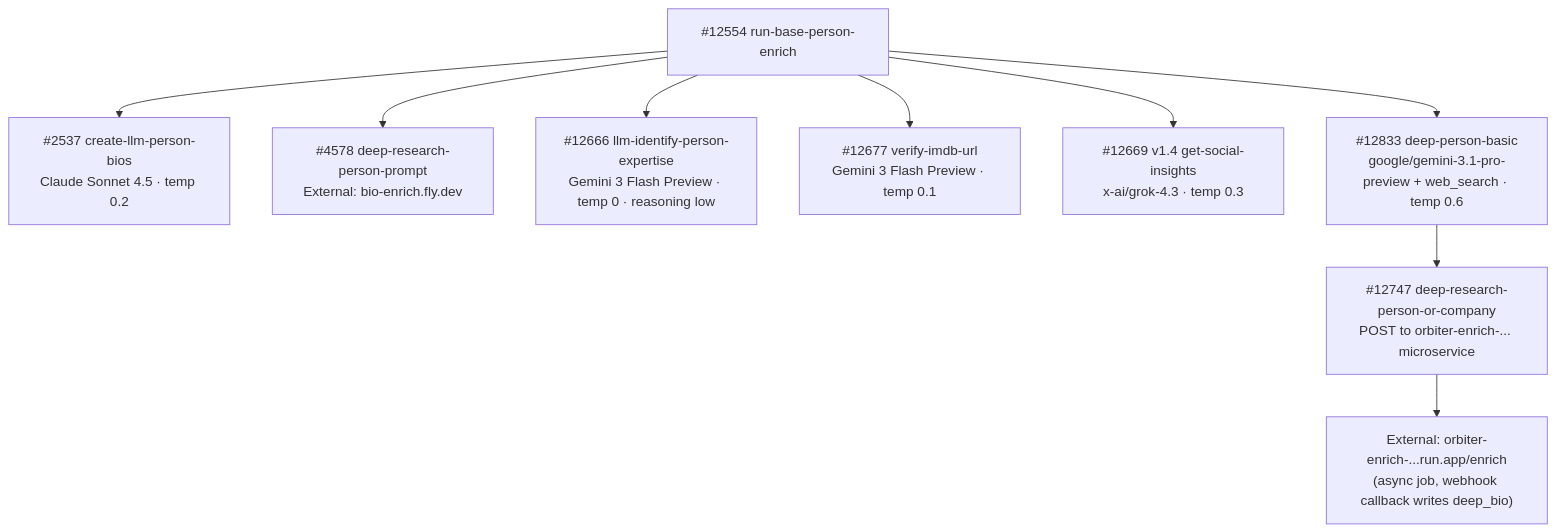
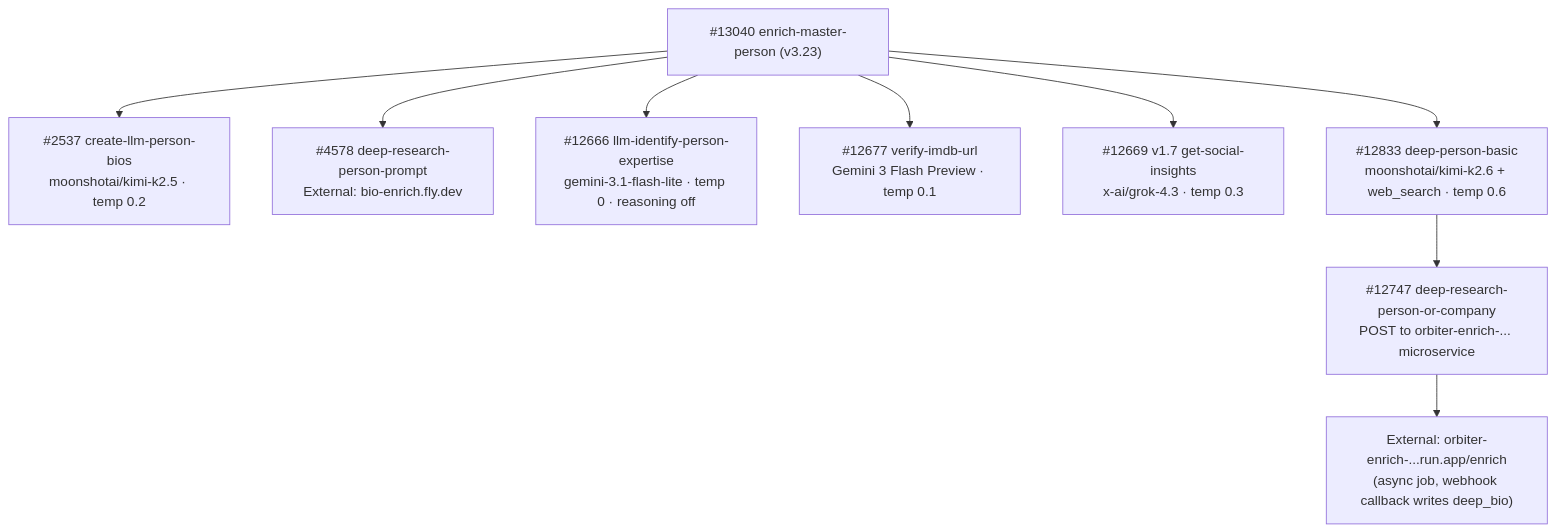
One commit to M-Pederson/docs changed the diagram in guides/enrichment/person-pipeline/model-summary.mdx. Above: the diagram before and after it, drawn with Mermaid. The commit also changed other lines of this file and 5 other files, not shown here.

````diff
--- a/guides/enrichment/person-pipeline/model-summary.mdx
+++ b/guides/enrichment/person-pipeline/model-summary.mdx
@@ -82,11 +96,11 @@
 ```mermaid
 graph TD
-    A["#12554 run-base-person-enrich"] --> B["#2537 create-llm-person-bios<br/>Claude Sonnet 4.5 · temp 0.2"]
+    A["#13040 enrich-master-person (v3.23)"] --> B["#2537 create-llm-person-bios<br/>moonshotai/kimi-k2.5 · temp 0.2"]
     A --> C["#4578 deep-research-person-prompt<br/>External: bio-enrich.fly.dev"]
-    A --> D["#12666 llm-identify-person-expertise<br/>Gemini 3 Flash Preview · temp 0 · reasoning low"]
+    A --> D["#12666 llm-identify-person-expertise<br/>gemini-3.1-flash-lite · temp 0 · reasoning off"]
     A --> E["#12677 verify-imdb-url<br/>Gemini 3 Flash Preview · temp 0.1"]
-    A --> F["#12669 v1.4 get-social-insights<br/>x-ai/grok-4.3 · temp 0.3"]
-    A --> G["#12833 deep-person-basic<br/>google/gemini-3.1-pro-preview + web_search · temp 0.6"]
+    A --> F["#12669 v1.7 get-social-insights<br/>x-ai/grok-4.3 · temp 0.3"]
+    A --> G["#12833 deep-person-basic<br/>moonshotai/kimi-k2.6 + web_search · temp 0.6"]
     G --> H["#12747 deep-research-person-or-company<br/>POST to orbiter-enrich-... microservice"]
     H --> I["External: orbiter-enrich-...run.app/enrich<br/>(async job, webhook callback writes deep_bio)"]
 ```
````
